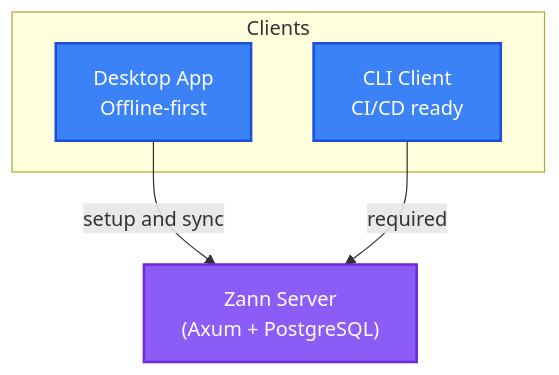
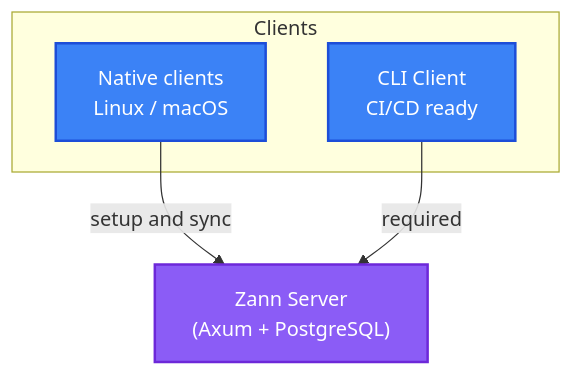
One commit to constXife/zann changed the diagram in README.md. Above: the diagram before and after it, drawn with Mermaid. The commit also changed other lines of this file and 288 other files, not shown here.

````diff
--- a/README.md
+++ b/README.md
@@ -103,18 +97,18 @@
 ```mermaid
 flowchart TB
     subgraph Clients["Clients"]
-        Desktop["Desktop App<br/>Offline-first"]
+        Desktop["Native clients<br/>Linux / macOS"]
         CLI["CLI Client<br/>CI/CD ready"]
     end
 
     Server["Zann Server<br/>(Axum + PostgreSQL)"]
 
     Desktop -->|setup and sync| Server
     CLI -->|required| Server
 
     classDef clientBox fill:#3b82f6,stroke:#1d4ed8,stroke-width:2px,color:#fff
     classDef serverBox fill:#8b5cf6,stroke:#6d28d9,stroke-width:2px,color:#fff
 
     class Desktop,CLI clientBox
     class Server serverBox
 ```
````
